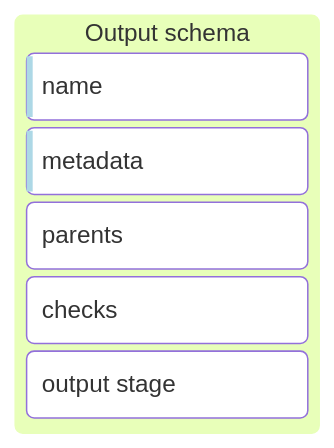
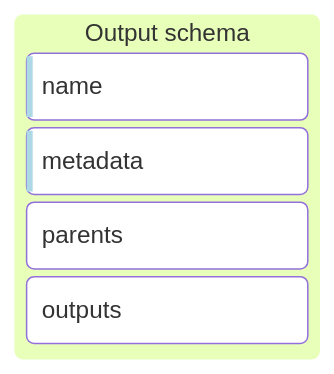
Before and after one commit to wazuh/wazuh: diagram 17 of 18 in docs/ref/modules/engine/README.md, drawn with Mermaid. The commit also changed other lines of this file, not shown here.

Commit message:
feat: Improve asset seccion doc

````diff
--- a/docs/ref/modules/engine/README.md
+++ b/docs/ref/modules/engine/README.md
@@ -1753,12 +1712,11 @@
 ```mermaid
 ---
 title: Output schema
 ---
 kanban
   Output[Output schema]
     assetName["name"]@{ priority: 'Very Low'}
     assetMetadata["metadata"]@{ priority: 'Very Low'}
     assetParents["parents"]
-    assetChecks["checks"]
-    OutputNormalize["output stage"]
+    OutputOutputs["outputs"]
 ```
````
